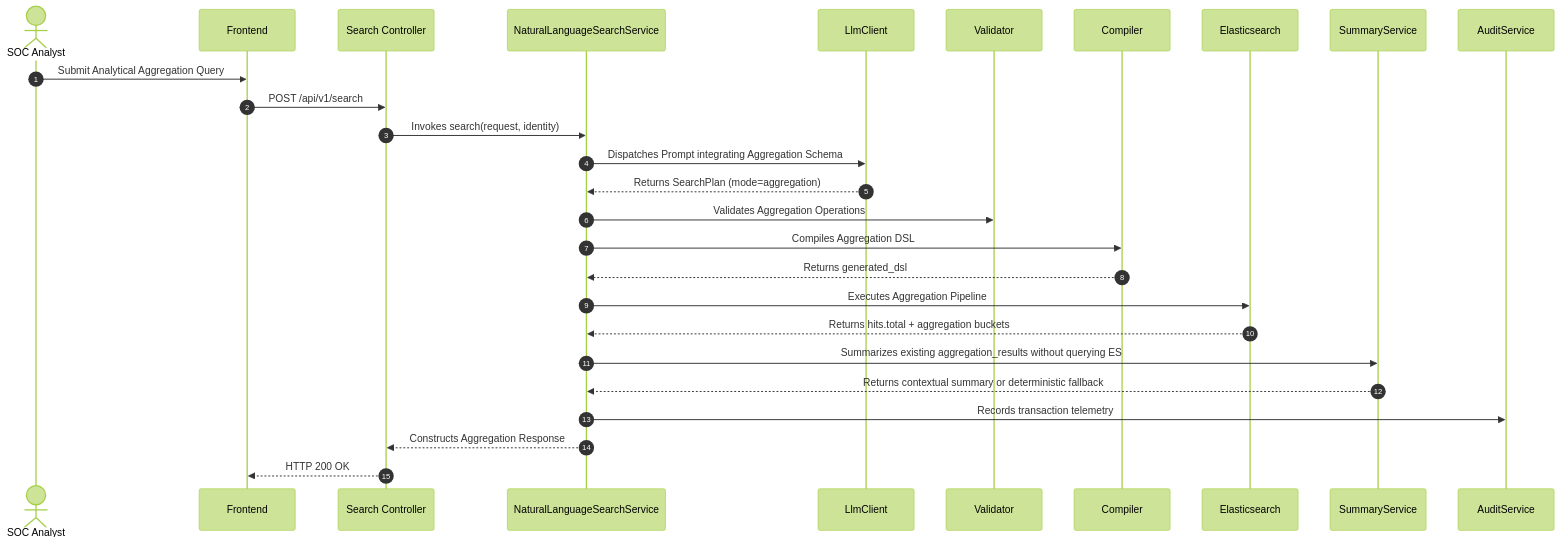
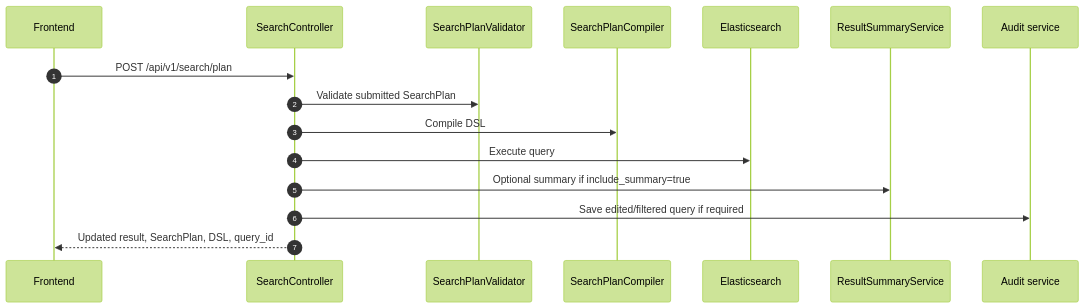
The fourth of 12 diagrams in docs/sequence-flow.md (PhamVanMinhBinhThuan/soc-ai-search), drawn with Mermaid (forest theme) before and after one commit. The commit also changed other lines of this file and 8 other files, not shown here.

````diff
--- a/docs/sequence-flow.md
+++ b/docs/sequence-flow.md
@@ -152,30 +97,19 @@
 ```mermaid
 sequenceDiagram
     autonumber
-    actor User as SOC Analyst
     participant FE as Frontend
-    participant API as Search Controller
-    participant NL as NaturalLanguageSearchService
-    participant LLM as LlmClient
-    participant Guard as Validator
-    participant Compiler as Compiler
+    participant API as SearchController
+    participant Validator as SearchPlanValidator
+    participant Compiler as SearchPlanCompiler
     participant ES as Elasticsearch
-    participant Summary as SummaryService
-    participant Audit as AuditService
+    participant Summary as ResultSummaryService
+    participant Audit as Audit service
 
-    User->>FE: Submit Analytical Aggregation Query
-    FE->>API: POST /api/v1/search
-    API->>NL: Invokes search(request, identity)
-    NL->>LLM: Dispatches Prompt integrating Aggregation Schema
-    LLM-->>NL: Returns SearchPlan (mode=aggregation)
-    NL->>Guard: Validates Aggregation Operations
-    NL->>Compiler: Compiles Aggregation DSL
-    Compiler-->>NL: Returns generated_dsl
-    NL->>ES: Executes Aggregation Pipeline
-    ES-->>NL: Returns hits.total + aggregation buckets
-    NL->>Summary: Summarizes existing aggregation_results without querying ES
-    Summary-->>NL: Returns contextual summary or deterministic fallback
-    NL->>Audit: Records transaction telemetry
-    NL-->>API: Constructs Aggregation Response
-    API-->>FE: HTTP 200 OK
+    FE->>API: POST /api/v1/search/plan
+    API->>Validator: Validate submitted SearchPlan
+    API->>Compiler: Compile DSL
+    API->>ES: Execute query
+    API->>Summary: Optional summary if include_summary=true
+    API->>Audit: Save edited/filtered query if required
+    API-->>FE: Updated result, SearchPlan, DSL, query_id
 ```
````
